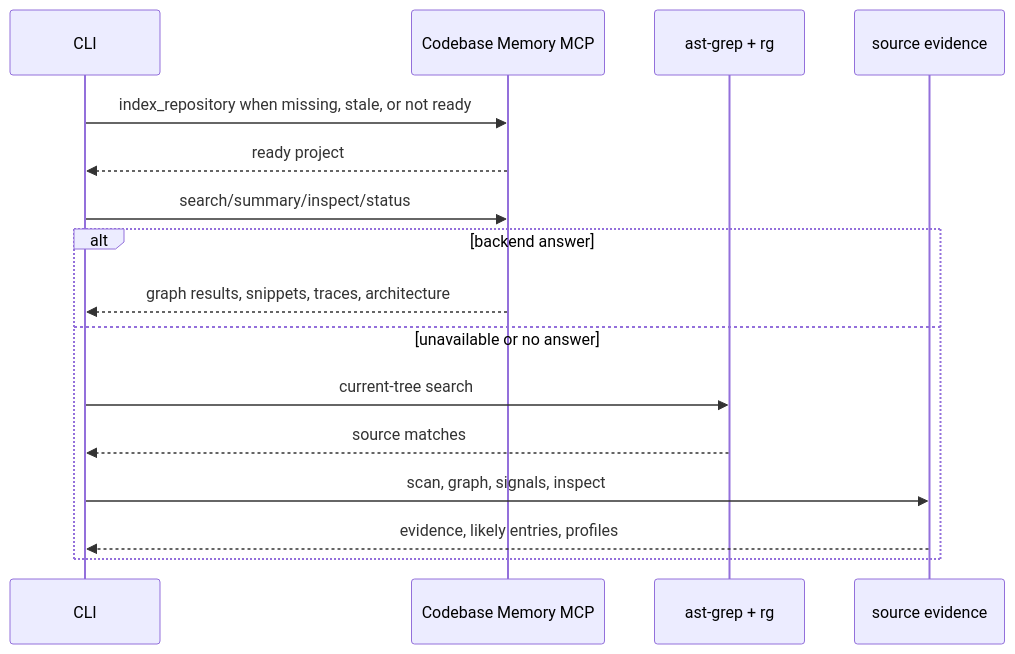
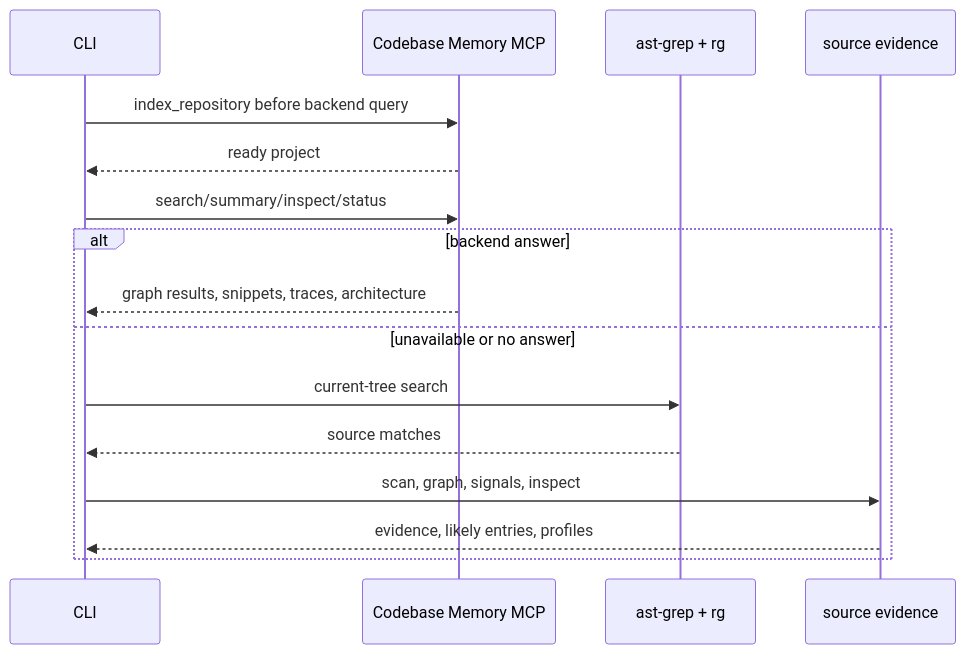
One commit to teron131/codemap changed the first of 2 diagrams in README.md. Above: the diagram before and after it, drawn with Mermaid. The commit also changed other lines of this file and 14 other files, not shown here.

````diff
--- a/README.md
+++ b/README.md
@@ -38,19 +38,19 @@
 ```mermaid
 sequenceDiagram
     participant CLI
     participant Backend as Codebase Memory MCP
     participant Search as ast-grep + rg
     participant Source as source evidence
 
-    CLI->>Backend: index_repository when missing, stale, or not ready
+    CLI->>Backend: index_repository before backend query
     Backend-->>CLI: ready project
     CLI->>Backend: search/summary/inspect/status
     alt backend answer
         Backend-->>CLI: graph results, snippets, traces, architecture
     else unavailable or no answer
         CLI->>Search: current-tree search
         Search-->>CLI: source matches
         CLI->>Source: scan, graph, signals, inspect
         Source-->>CLI: evidence, likely entries, profiles
     end
 ```
````
